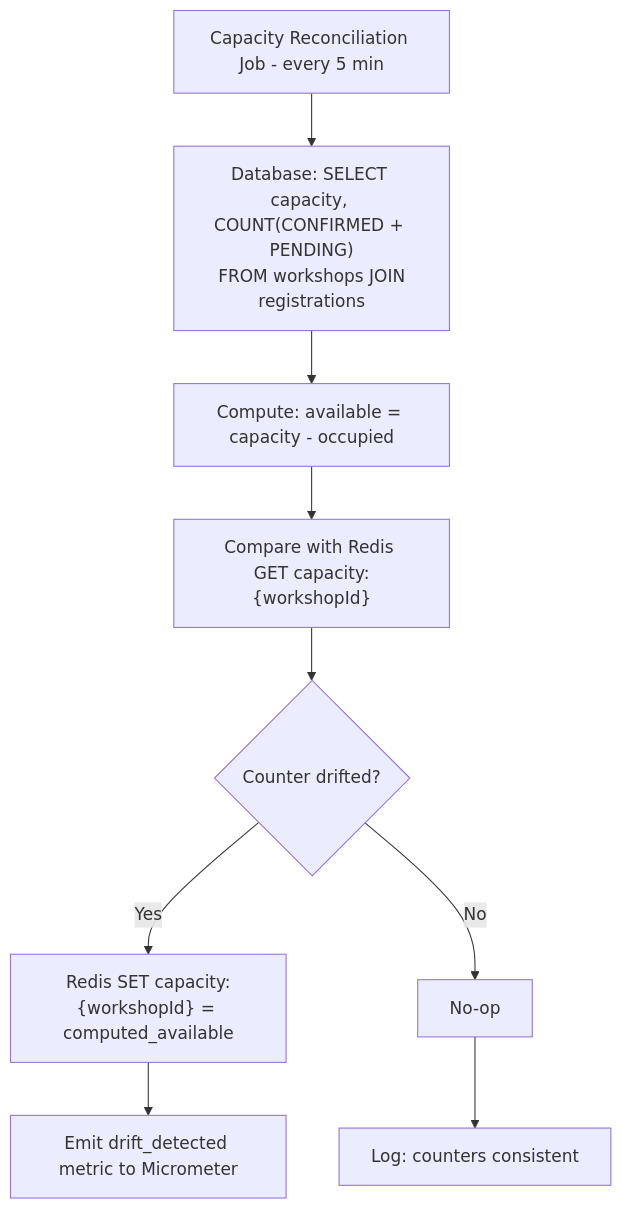
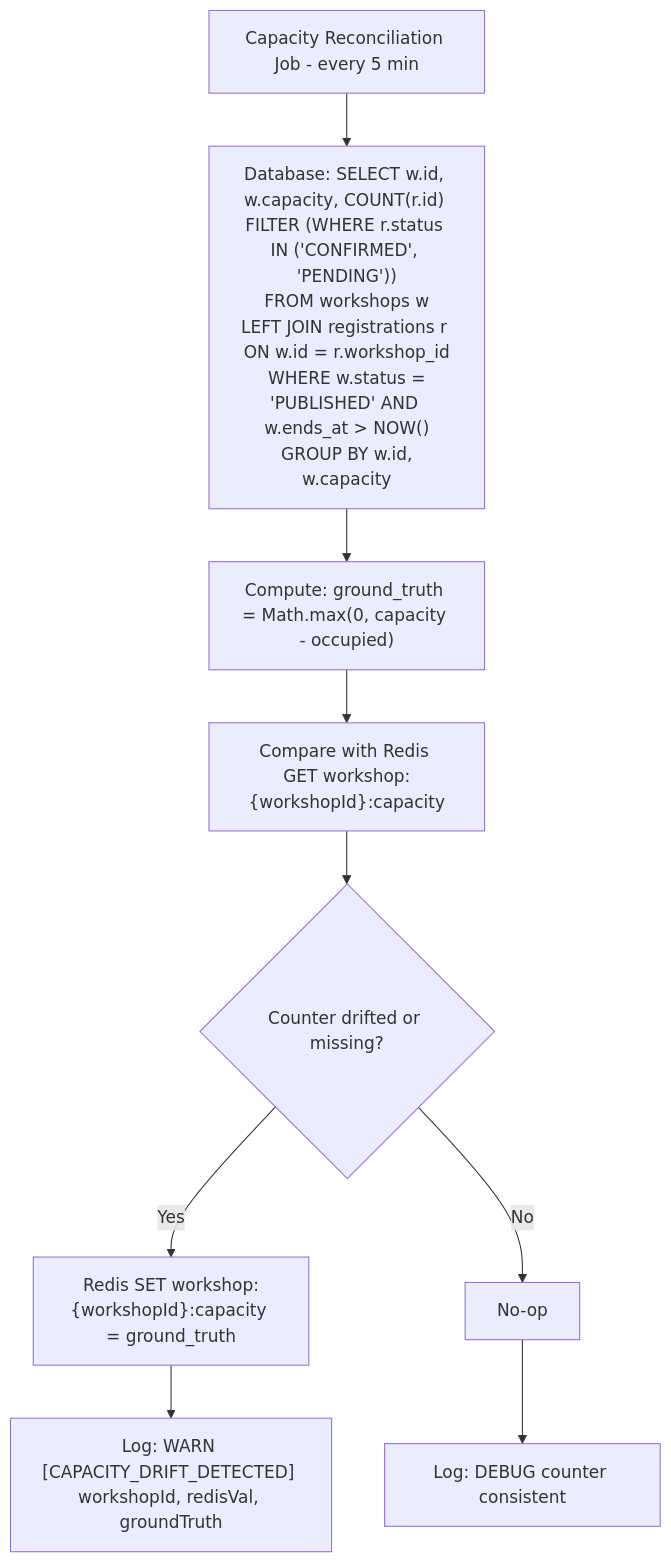
Before and after one commit to phatnguyen975/unihub-workshop: diagram 13 of 14 in docs/system-design.md, drawn with Mermaid. The commit also changed other lines of this file and 28 other files, not shown here.

````diff
--- a/docs/system-design.md
+++ b/docs/system-design.md
@@ -1206,11 +1209,11 @@
 ```mermaid
 flowchart TD
-  Cron[Capacity Reconciliation Job - every 5 min] --> Query["Database: SELECT capacity, COUNT(CONFIRMED + PENDING)\n FROM workshops JOIN registrations"]
-  Query --> Compute["Compute: available = capacity - occupied"]
-  Compute --> Compare["Compare with Redis GET capacity:{workshopId}"]
-  Compare --> Drift{"Counter drifted?"}
-  Drift -->|Yes| Reset["Redis SET capacity:{workshopId} = computed_available"]
+  Cron["Capacity Reconciliation Job - every 5 min"] --> Query["Database: SELECT w.id, w.capacity, COUNT(r.id) FILTER (WHERE r.status IN ('CONFIRMED', 'PENDING'))\n FROM workshops w LEFT JOIN registrations r ON w.id = r.workshop_id\n WHERE w.status = 'PUBLISHED' AND w.ends_at > NOW()\n GROUP BY w.id, w.capacity"]
+  Query --> Compute["Compute: ground_truth = Math.max(0, capacity - occupied)"]
+  Compute --> Compare["Compare with Redis GET workshop:{workshopId}:capacity"]
+  Compare --> Drift{"Counter drifted or missing?"}
+  Drift -->|Yes| Reset["Redis SET workshop:{workshopId}:capacity = ground_truth"]
   Drift -->|No| Skip[No-op]
-  Reset --> Log[Emit drift_detected metric to Micrometer]
-  Skip --> Log2[Log: counters consistent]
+  Reset --> Log["Log: WARN [CAPACITY_DRIFT_DETECTED] workshopId, redisVal, groundTruth"]
+  Skip --> Log2["Log: DEBUG counter consistent"]
 ```
````
